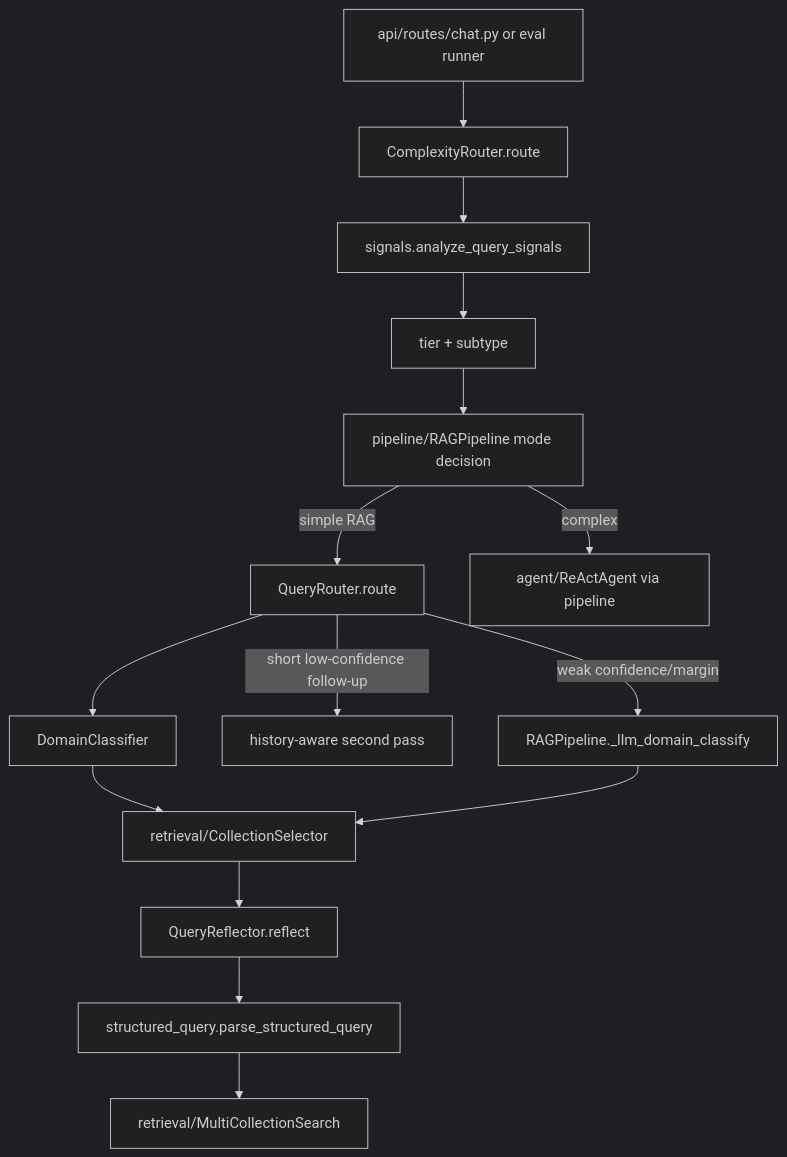
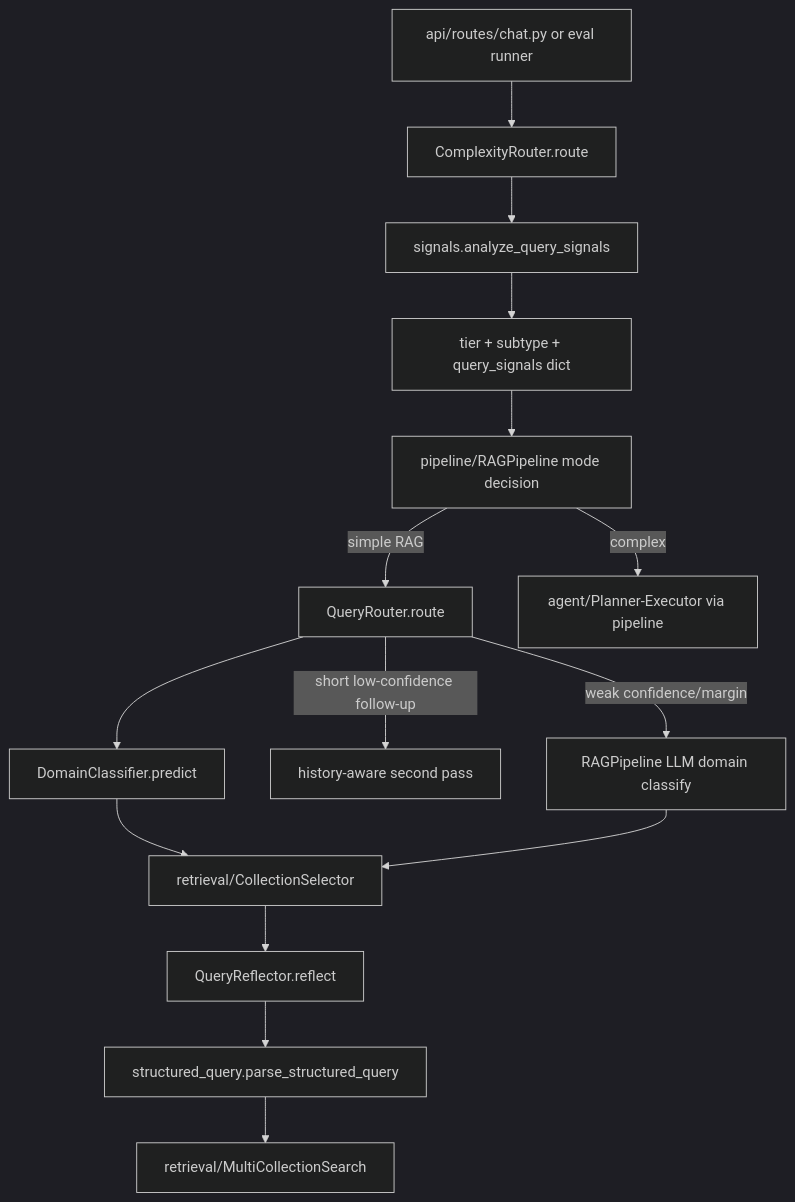
The diagram in src/RAG_v2/query/MODULE.md (hoainam183/GR), drawn with Mermaid (dark theme) before and after one commit. The commit also changed other lines of this file and 50 other files, not shown here.

````diff
--- a/src/RAG_v2/query/MODULE.md
+++ b/src/RAG_v2/query/MODULE.md
@@ -48,17 +48,17 @@
 ```mermaid
 flowchart TD
   Client["api/routes/chat.py or eval runner"] --> Complexity["ComplexityRouter.route"]
   Complexity --> Signals["signals.analyze_query_signals"]
-  Signals --> Tier["tier + subtype"]
+  Signals --> Tier["tier + subtype + query_signals dict"]
   Tier --> Decision["pipeline/RAGPipeline mode decision"]
   Decision -->|simple RAG| Router["QueryRouter.route"]
-  Decision -->|complex| Agent["agent/ReActAgent via pipeline"]
-  Router --> Domain["DomainClassifier"]
+  Decision -->|complex| Agent["agent/Planner-Executor via pipeline"]
+  Router --> Domain["DomainClassifier.predict"]
   Router -->|short low-confidence follow-up| HistoryPass["history-aware second pass"]
-  Router -->|weak confidence/margin| LLMTier["RAGPipeline._llm_domain_classify"]
+  Router -->|weak confidence/margin| LLMTier["RAGPipeline LLM domain classify"]
   Domain --> Selection["retrieval/CollectionSelector"]
   LLMTier --> Selection
   Selection --> Reflector["QueryReflector.reflect"]
   Reflector --> Structured["structured_query.parse_structured_query"]
   Structured --> Retrieval["retrieval/MultiCollectionSearch"]
 ```
````
